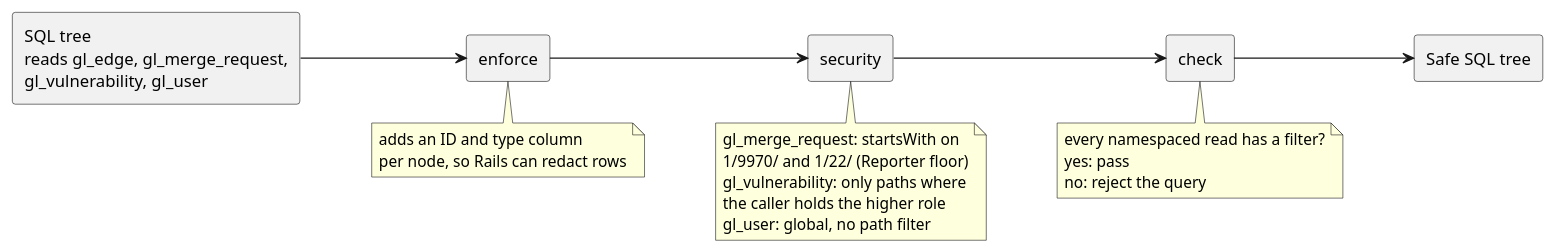
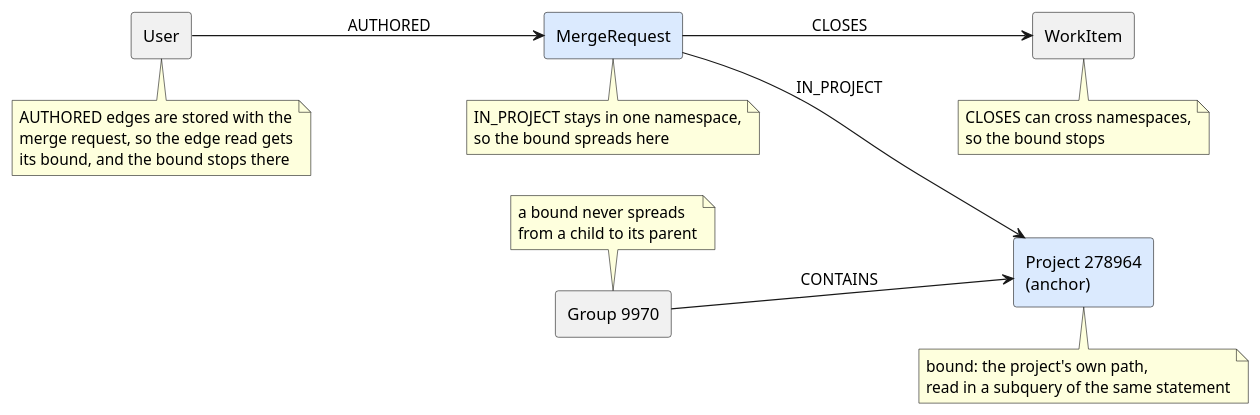
One commit to gitlabhq/orbit-knowledge-graph changed diagram 14 of 18 in docs/architecture/query-engine.md. Above: the diagram before and after it, drawn with PlantUML. The commit also changed other lines of this file, not shown here.

Commit message:
docs(architecture): match the engine page to the current compiler phase order

````diff
--- a/docs/architecture/query-engine.md
+++ b/docs/architecture/query-engine.md
@@ -768,34 +721,37 @@
 ```plantuml
 @startuml
 left to right direction
 skinparam componentStyle rectangle
-component "SQL tree\nreads gl_edge, gl_merge_request,\ngl_vulnerability, gl_user" as tree
-component "enforce" as enforce
-component "security" as security
-component "check" as check
-component "Safe SQL tree" as safe
-tree --> enforce
-enforce --> security
-security --> check
-check --> safe
+component "Group 9970" as group
+component "Project 278964\n(anchor)" as project #DBEAFE
+component "MergeRequest" as mr #DBEAFE
+component "User" as user
+component "WorkItem" as work_item
+group --> project : CONTAINS
+mr --> project : IN_PROJECT
+user --> mr : AUTHORED
+mr --> work_item : CLOSES
 
-note bottom of enforce
-  adds an ID and type column
-  per node, so Rails can redact rows
+note bottom of project
+  bound: the project's own path,
+  read in a subquery of the same statement
 end note
-
-note bottom of security
-  gl_merge_request: startsWith on
-  1/9970/ and 1/22/ (Reporter floor)
-  gl_vulnerability: only paths where
-  the caller holds the higher role
-  gl_user: global, no path filter
+note bottom of mr
+  IN_PROJECT stays in one namespace,
+  so the bound spreads here
 end note
-
-note bottom of check
-  every namespaced read has a filter?
-  yes: pass
-  no: reject the query
+note bottom of user
+  AUTHORED edges are stored with the
+  merge request, so the edge read gets
+  its bound, and the bound stops there
+end note
+note bottom of work_item
+  CLOSES can cross namespaces,
+  so the bound stops
+end note
+note top of group
+  a bound never spreads
+  from a child to its parent
 end note
 @enduml
 ```
````
